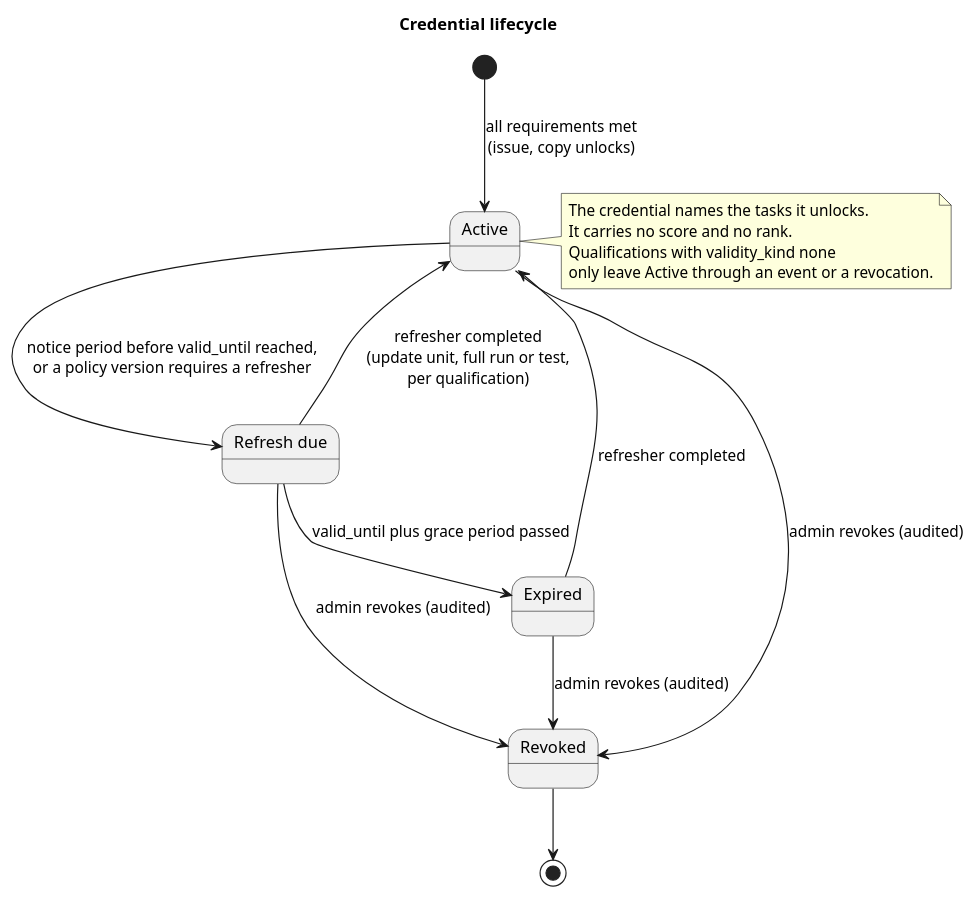
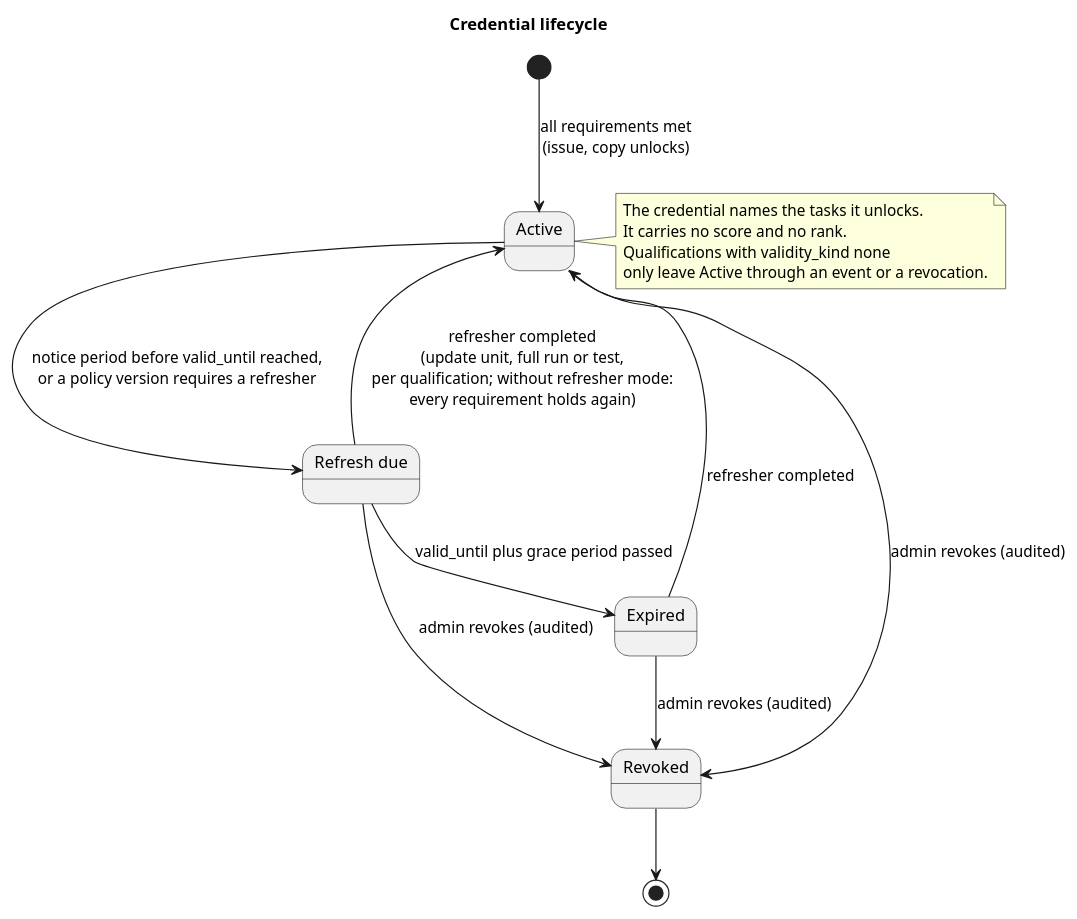
One commit to HelrenPDM/espalier changed the diagram in docs/architecture/credential-lifecycle.puml. Above: the diagram before and after it, drawn with PlantUML. The commit also changed 133 other files, not shown here.

```diff
--- a/docs/architecture/credential-lifecycle.puml
+++ b/docs/architecture/credential-lifecycle.puml
@@ -1,26 +1,26 @@
 @startuml credential-lifecycle
 title Credential lifecycle
 skinparam shadowing false
 
 state "Active" as Active
 state "Refresh due" as RefreshDue
 state "Expired" as Expired
 state "Revoked" as Revoked
 
 [*] --> Active : all requirements met\n(issue, copy unlocks)
 Active --> RefreshDue : notice period before valid_until reached,\nor a policy version requires a refresher
-RefreshDue --> Active : refresher completed\n(update unit, full run or test,\nper qualification)
+RefreshDue --> Active : refresher completed\n(update unit, full run or test,\nper qualification; without refresher mode:\nevery requirement holds again)
 RefreshDue --> Expired : valid_until plus grace period passed
 Expired --> Active : refresher completed
 Active --> Revoked : admin revokes (audited)
 RefreshDue --> Revoked : admin revokes (audited)
 Expired --> Revoked : admin revokes (audited)
 Revoked --> [*]
 
 note right of Active
   The credential names the tasks it unlocks.
   It carries no score and no rank.
   Qualifications with validity_kind none
   only leave Active through an event or a revocation.
 end note
 @enduml
```
